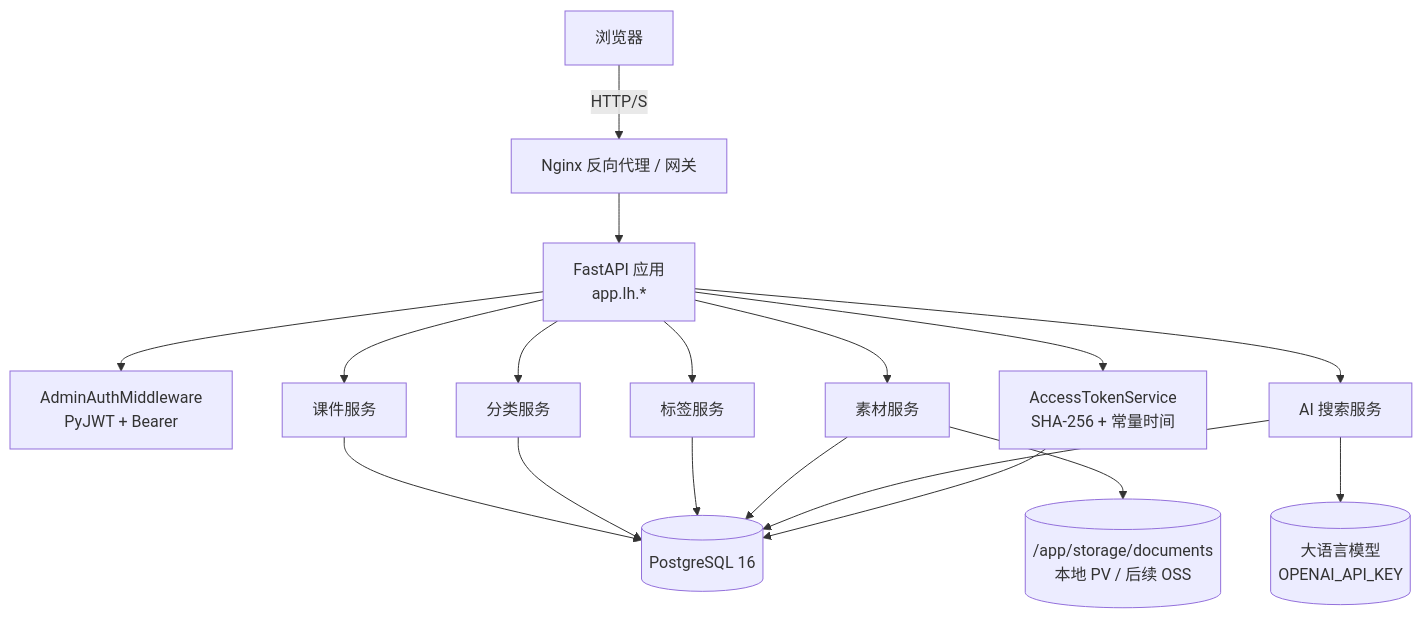
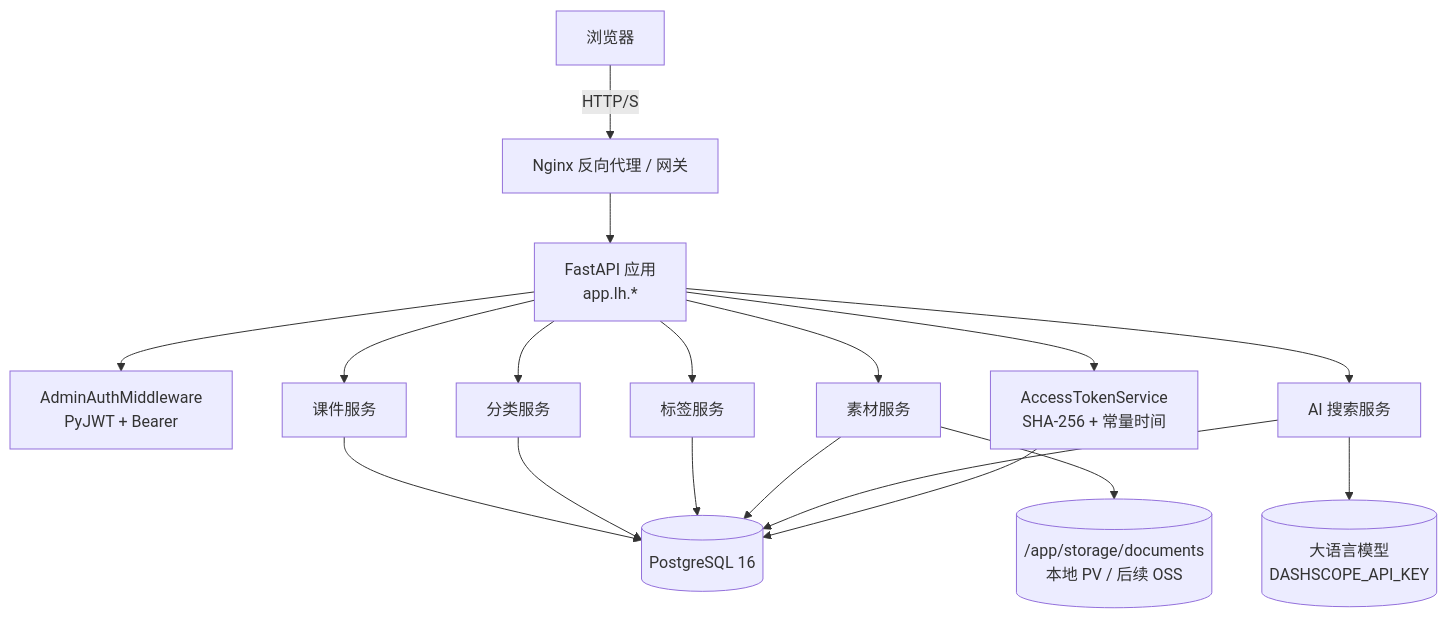
One commit to leo21cn/ai-learning-hub changed the first of 4 diagrams in doc/spec/07-技术架构.md. Above: the diagram before and after it, drawn with Mermaid. The commit also changed other lines of this file and 128 other files, not shown here.

````diff
--- a/doc/spec/07-技术架构.md
+++ b/doc/spec/07-技术架构.md
@@ -7,20 +7,20 @@
 ```mermaid
 graph TB
     Browser["浏览器"] -->|"HTTP/S"| Nginx["Nginx 反向代理 / 网关"]
     Nginx --> App["FastAPI 应用<br/>app.lh.*"]
     App --> Auth["AdminAuthMiddleware<br/>PyJWT + Bearer"]
     App --> CoursewareSvc["课件服务"]
     App --> CategorySvc["分类服务"]
     App --> TagSvc["标签服务"]
     App --> MaterialSvc["素材服务"]
     App --> SearchSvc["AI 搜索服务"]
     App --> AccessTokenSvc["AccessTokenService<br/>SHA-256 + 常量时间"]
     CoursewareSvc --> DB[("PostgreSQL 16")]
     CategorySvc --> DB
     TagSvc --> DB
     MaterialSvc --> DB
     MaterialSvc --> FS[("/app/storage/documents<br/>本地 PV / 后续 OSS")]
-    SearchSvc --> LLM[("大语言模型<br/>OPENAI_API_KEY")]
+    SearchSvc --> LLM[("大语言模型<br/>DASHSCOPE_API_KEY")]
     SearchSvc --> DB
     AccessTokenSvc --> DB
 ```
````
